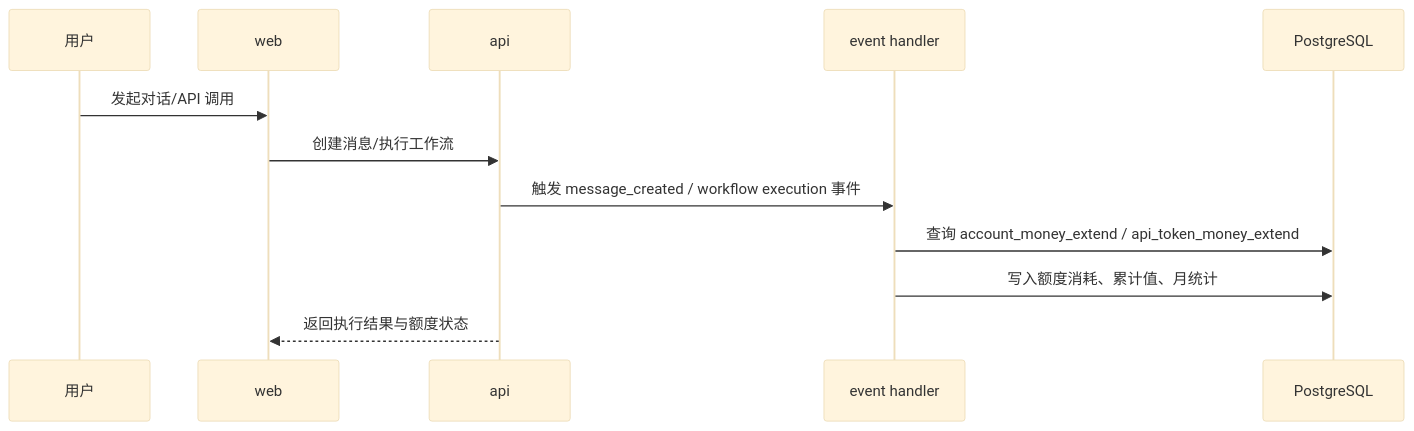
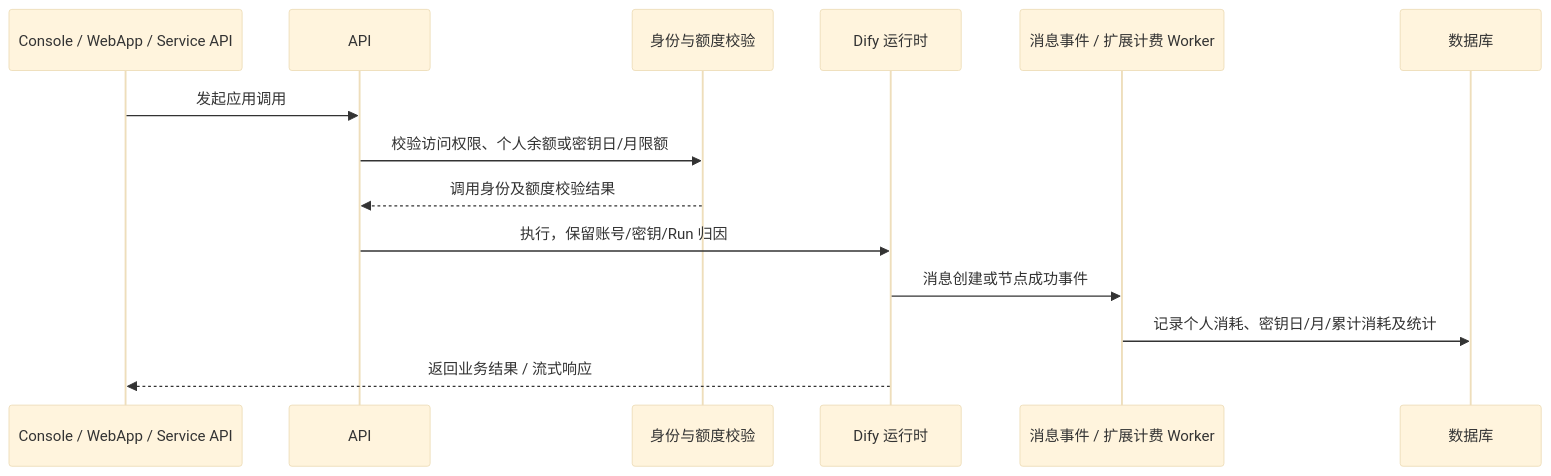
One commit to YFGaia/dify-plus changed the fourth of 4 diagrams in docs/dify-plus/整体架构图.md. Above: the diagram before and after it, drawn with Mermaid (base theme). The commit also changed other lines of this file and 22 other files, not shown here.

````diff
--- a/docs/dify-plus/整体架构图.md
+++ b/docs/dify-plus/整体架构图.md
@@ -94,15 +112,16 @@
 ```mermaid
 sequenceDiagram
-    participant User as 用户
-    participant Web as web
-    participant API as api
-    participant EH as event handler
-    participant DB as PostgreSQL
-
-    User->>Web: 发起对话/API 调用
-    Web->>API: 创建消息/执行工作流
-    API->>EH: 触发 message_created / workflow execution 事件
-    EH->>DB: 查询 account_money_extend / api_token_money_extend
-    EH->>DB: 写入额度消耗、累计值、月统计
-    API-->>Web: 返回执行结果与额度状态
+    participant U as Console / WebApp / Service API
+    participant A as API
+    participant Q as 身份与额度校验
+    participant E as Dify 运行时
+    participant B as 消息事件 / 扩展计费 Worker
+    participant D as 数据库
+    U->>A: 发起应用调用
+    A->>Q: 校验访问权限、个人余额或密钥日/月限额
+    Q-->>A: 调用身份及额度校验结果
+    A->>E: 执行，保留账号/密钥/Run 归因
+    E->>B: 消息创建或节点成功事件
+    B->>D: 记录个人消耗、密钥日/月/累计消耗及统计
+    E-->>U: 返回业务结果 / 流式响应
 ```
````
